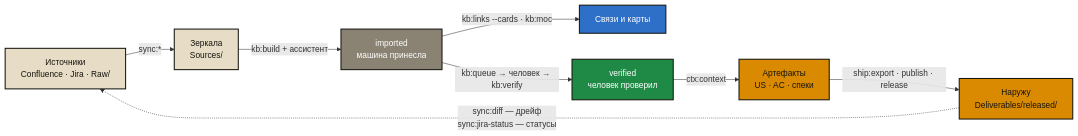
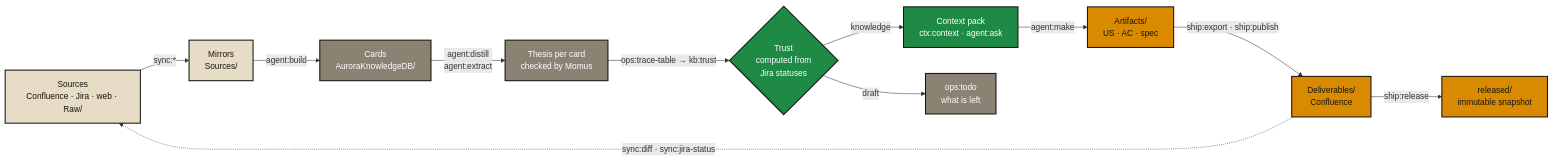
One commit to VVG-web/aurora-studio changed the diagram in README.md. Above: the diagram before and after it, drawn with Mermaid. The commit also changed other lines of this file and 72 other files, not shown here.

````diff
--- a/README.md
+++ b/README.md
@@ -34,21 +27,22 @@
 ```mermaid
 flowchart LR
-  SRC["Источники\nConfluence · Jira · Raw/"] -->|"sync:*"| MIR["Зеркала\nSources/"]
-  MIR -->|"kb:build + ассистент"| IMP["imported\nмашина принесла"]
-  IMP -->|"kb:links --cards · kb:moc"| MOC["Связи и карты"]
-  IMP -->|"kb:queue → человек → kb:verify"| VER["verified\nчеловек проверил"]
-  VER -->|"ctx:context"| ART["Артефакты\nUS · AC · спеки"]
-  ART -->|"ship:export · publish · release"| OUT["Наружу\nDeliverables/released/"]
-  OUT -.->|"sync:diff — дрейф\nsync:jira-status — статусы"| SRC
+  SRC["Sources<br>Confluence · Jira · web · Raw/"] -->|"sync:*"| MIR["Mirrors<br>Sources/"]
+  MIR -->|"agent:build"| CARD["Cards<br>AuroraKnowledgeDB/"]
+  CARD -->|"agent:distill<br>agent:extract"| THESIS["Thesis per card<br>checked by Momus"]
+  THESIS -->|"ops:trace-table → kb:trust"| TRUST{"Trust<br>computed from<br>Jira statuses"}
+  TRUST -->|"knowledge"| PACK["Context pack<br>ctx:context · agent:ask"]
+  TRUST -->|"draft"| TODO["ops:todo<br>what is left"]
+  PACK -->|"agent:make"| ART["Artifacts/<br>US · AC · spec"]
+  ART -->|"ship:export · ship:publish"| OUT["Deliverables/<br>Confluence"]
+  OUT -->|"ship:release"| REL["released/<br>immutable snapshot"]
+  OUT -.->|"sync:diff · sync:jira-status"| SRC
 
-  classDef a fill:#E7DCC5,stroke:#16150F,stroke-width:2px,color:#16150F
-  classDef b fill:#8A8272,stroke:#16150F,stroke-width:2px,color:#FFFFFF
-  classDef c fill:#1E8A46,stroke:#16150F,stroke-width:2px,color:#FFFFFF
-  classDef d fill:#2E6FC8,stroke:#16150F,stroke-width:2px,color:#FFFFFF
-  classDef e fill:#D98A00,stroke:#16150F,stroke-width:2px,color:#16150F
-  class SRC,MIR a
-  class IMP b
-  class VER c
-  class MOC d
-  class ART,OUT e
+  classDef src fill:#E7DCC5,stroke:#16150F,stroke-width:2px,color:#16150F
+  classDef kb fill:#8A8272,stroke:#16150F,stroke-width:2px,color:#FFFFFF
+  classDef ok fill:#1E8A46,stroke:#16150F,stroke-width:2px,color:#FFFFFF
+  classDef out fill:#D98A00,stroke:#16150F,stroke-width:2px,color:#16150F
+  class SRC,MIR src
+  class CARD,THESIS,TODO kb
+  class TRUST,PACK ok
+  class ART,OUT,REL out
 ```
````
